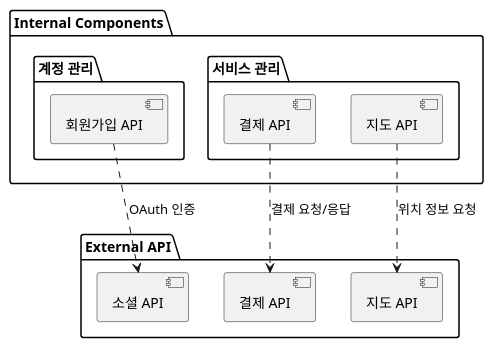
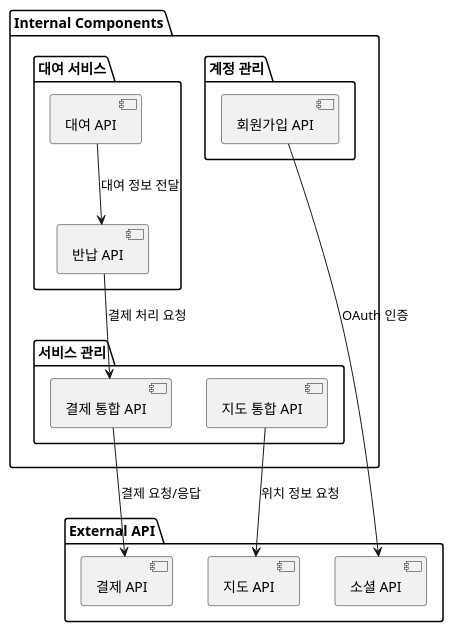
Before and after one commit to f-lab-edu/wheel-go: the diagram in docs/component-diagram.puml, drawn with PlantUML.

Commit message:
컴포넌트 다이어그램 수정

```diff
--- a/docs/component-diagram.puml
+++ b/docs/component-diagram.puml
@@ -1,25 +1,32 @@
 @startuml
 
 package "External API" {
    component "소셜 API" as SocialAPI
    component "결제 API" as PaymentAPI
    component "지도 API" as MapAPI
 }
 
 package "Internal Components" {
    package "계정 관리" as AccountManagement {
       component "회원가입 API" as RegisterAPI
    }
 
+   package "대여 서비스" as RentalService {
+      component "대여 API" as RentalAPI
+      component "반납 API" as ReturnAPI
+   }
+
    package "서비스 관리" as ServiceManagement {
-      component "결제 API" as PaymentIntegration
-      component "지도 API" as MapIntegration
+      component "결제 통합 API" as PaymentIntegration
+      component "지도 통합 API" as MapIntegration
    }
 }
 
-RegisterAPI ..> SocialAPI : OAuth 인증
+RentalAPI --> ReturnAPI : 대여 정보 전달
+ReturnAPI --> PaymentIntegration : 결제 처리 요청
+RegisterAPI --> SocialAPI : OAuth 인증
 
-PaymentIntegration ..> PaymentAPI : 결제 요청/응답
-MapIntegration ..> MapAPI : 위치 정보 요청
+PaymentIntegration --> PaymentAPI : 결제 요청/응답
+MapIntegration --> MapAPI : 위치 정보 요청
 
 @enduml
```
